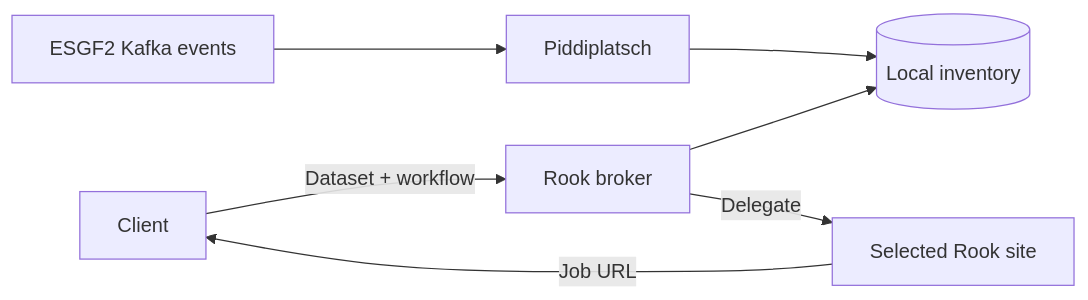
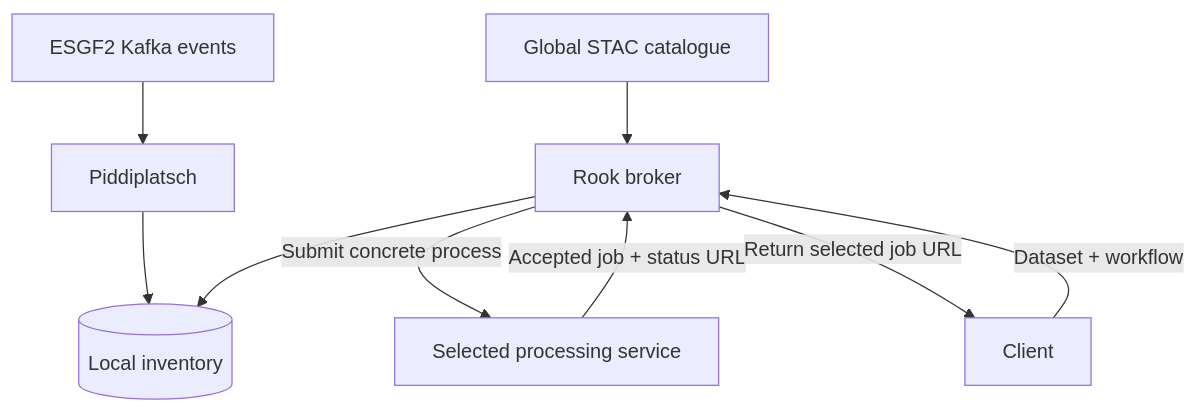
The fourth of 10 diagrams in Rook_WPS_ESGF2_talk_draft.md (roocs/rook), drawn with Mermaid before and after one commit. The commit also changed other lines of this file, not shown here.

````diff
--- a/Rook_WPS_ESGF2_talk_draft.md
+++ b/Rook_WPS_ESGF2_talk_draft.md
@@ -98,9 +102,11 @@
 ```mermaid
-flowchart LR
+flowchart TD
     Kafka["ESGF2 Kafka events"] --> Piddi["Piddiplatsch"]
     Piddi --> Index[("Local inventory")]
+    STAC["Global STAC catalogue"] --> Broker["Rook broker"]
     Client["Client"] -->|"Dataset + workflow"| Broker["Rook broker"]
     Broker --> Index
-    Broker -->|"Delegate"| Site["Selected Rook site"]
-    Site -->|"Job URL"| Client
+    Broker -->|"Submit concrete process"| Site["Selected processing service"]
+    Site -->|"Accepted job + status URL"| Broker
+    Broker -->|"Return selected job URL"| Client
 ```
````
